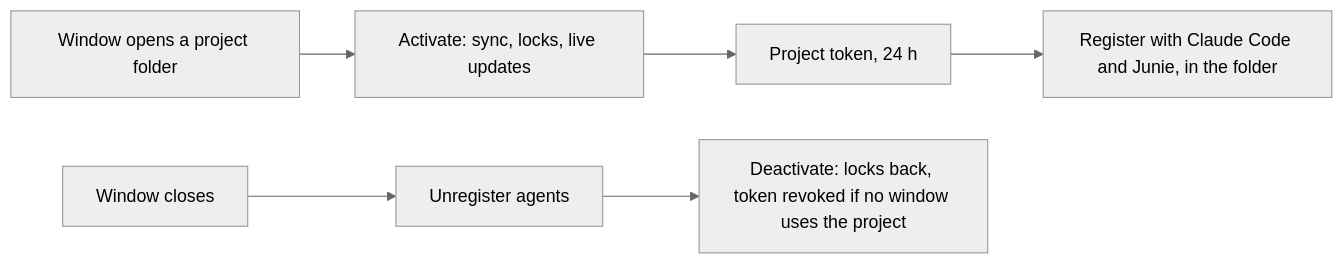
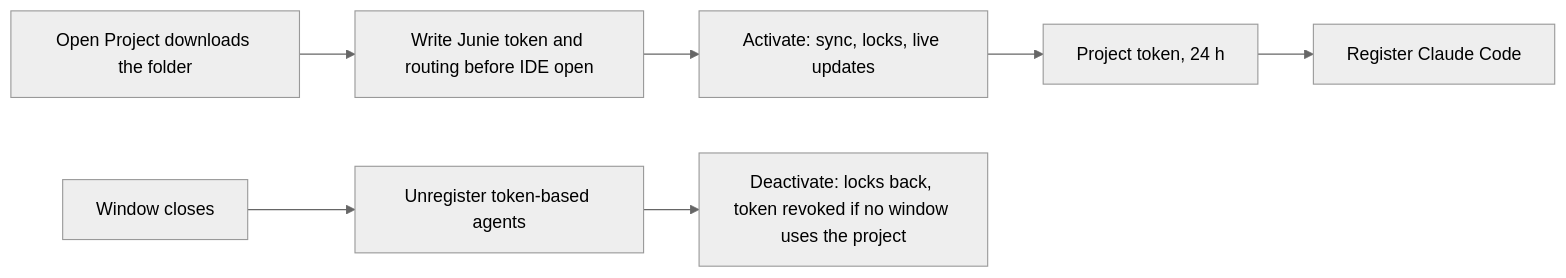
One commit to rapiddweller/datamimic-jetbrains changed the diagram in docs/adr/0002-active-project-scope.md. Above: the diagram before and after it, drawn with Mermaid (neutral theme). The commit also changed other lines of this file and 13 other files, not shown here.

Commit message:
Register Junie with short-lived project tokens

````diff
--- a/docs/adr/0002-active-project-scope.md
+++ b/docs/adr/0002-active-project-scope.md
@@ -19,8 +19,9 @@
 ```mermaid
 flowchart LR
-  O["Window opens a project folder"] --> A["Activate: sync, locks, live updates"]
+  O["Open Project downloads the folder"] --> J["Write Junie token and routing before IDE open"]
+  J --> A["Activate: sync, locks, live updates"]
   A --> T["Project token, 24 h"]
-  T --> R["Register with Claude Code and Junie, in the folder"]
-  X["Window closes"] --> U["Unregister agents"]
+  T --> C["Register Claude Code"]
+  X["Window closes"] --> U["Unregister token-based agents"]
   U --> D["Deactivate: locks back, token revoked if no window uses the project"]
 ```
````
